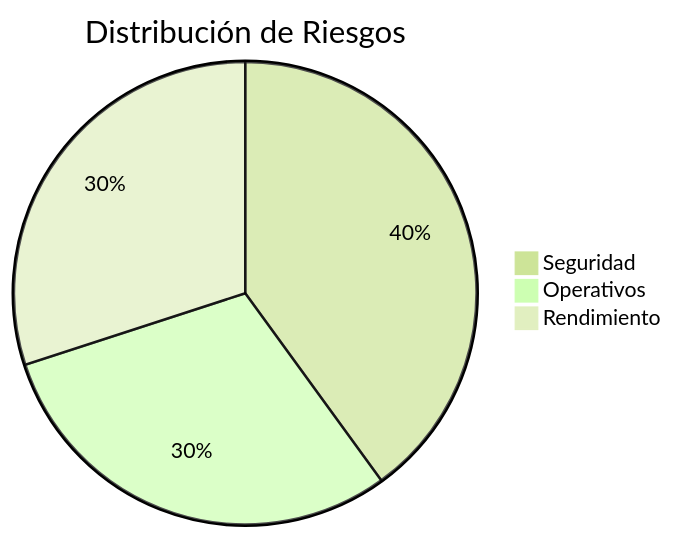
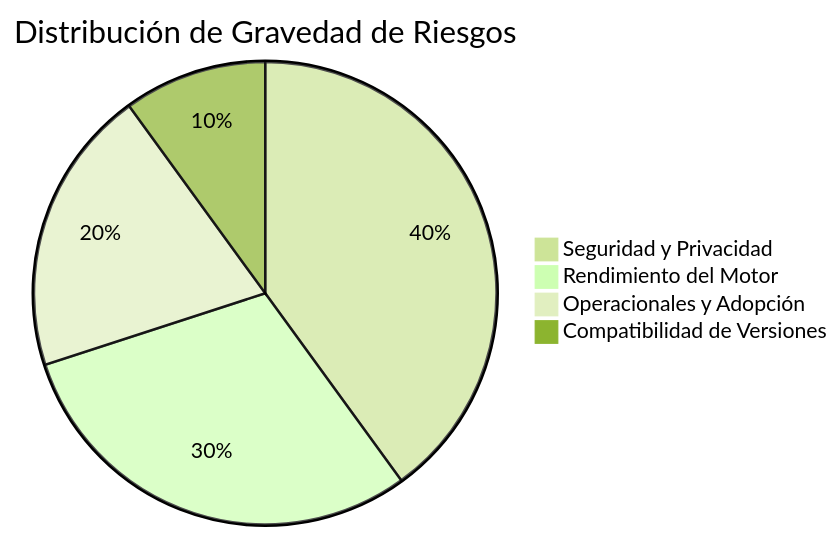
One commit to UPT-FAING-EPIS/proyecto-si783-2026-i-u3-enmascaradazo_datos_u3 changed the first of 2 diagrams in docs/FD01-Informe-Factibilidad.md. Above: the diagram before and after it, drawn with Mermaid (forest theme). The commit also changed other lines of this file and 101 other files, not shown here.

````diff
--- a/docs/FD01-Informe-Factibilidad.md
+++ b/docs/FD01-Informe-Factibilidad.md
@@ -35,6 +41,7 @@
 ```mermaid
-pie title Distribución de Riesgos
-    "Seguridad" : 40
-    "Operativos" : 30
-    "Rendimiento" : 30
+pie title Distribución de Gravedad de Riesgos
+    "Seguridad y Privacidad" : 40
+    "Rendimiento del Motor" : 30
+    "Operacionales y Adopción" : 20
+    "Compatibilidad de Versiones" : 10
 ```
````
